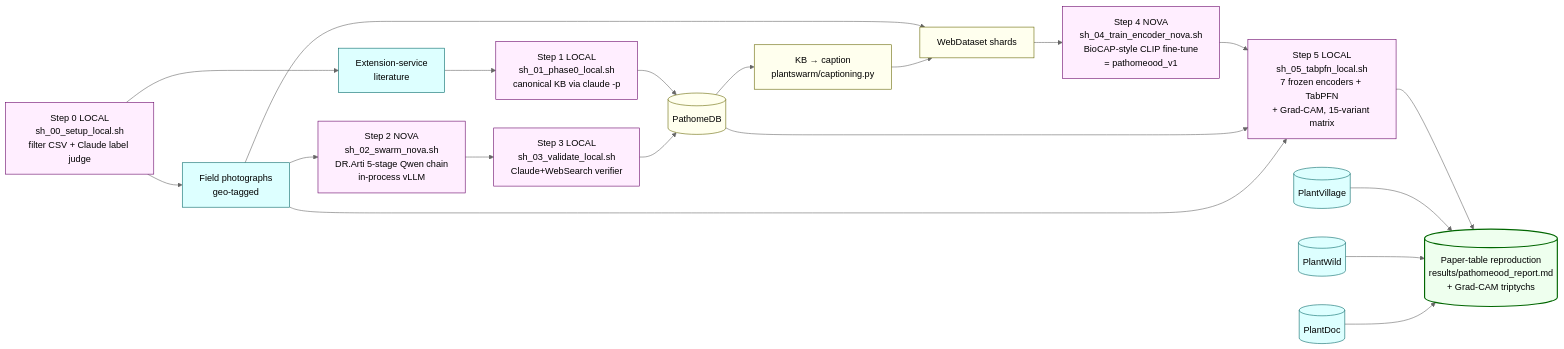
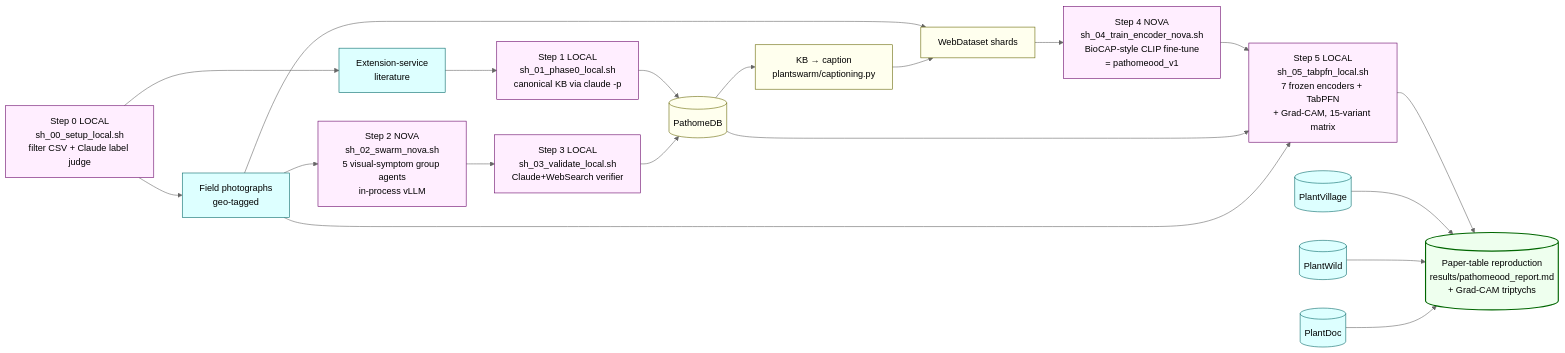
The fifth of 5 diagrams in PIPELINE.md (tirtho149/PRESAGE), drawn with Mermaid (neutral theme) before and after one commit. The commit also changed other lines of this file and 6 other files, not shown here.

````diff
--- a/PIPELINE.md
+++ b/PIPELINE.md
@@ -591,44 +592,44 @@
 ```mermaid
 flowchart LR
     L[Extension-service<br/>literature]
     F[Field photographs<br/>geo-tagged]
     S0[Step 0 LOCAL<br/>sh_00_setup_local.sh<br/>filter CSV + Claude label judge]
     S1[Step 1 LOCAL<br/>sh_01_phase0_local.sh<br/>canonical KB via claude -p]
-    S2[Step 2 NOVA<br/>sh_02_swarm_nova.sh<br/>DR.Arti 5-stage Qwen chain<br/>in-process vLLM]
+    S2[Step 2 NOVA<br/>sh_02_swarm_nova.sh<br/>5 visual-symptom group agents<br/>in-process vLLM]
     S3[Step 3 LOCAL<br/>sh_03_validate_local.sh<br/>Claude+WebSearch verifier]
     DB[(PathomeDB)]
     CAP[KB → caption<br/>plantswarm/captioning.py]
     SH[WebDataset shards]
     S4[Step 4 NOVA<br/>sh_04_train_encoder_nova.sh<br/>BioCAP-style CLIP fine-tune<br/>= pathomeood_v1]
     S5[Step 5 LOCAL<br/>sh_05_tabpfn_local.sh<br/>7 frozen encoders + TabPFN<br/>+ Grad-CAM, 15-variant matrix]
     PV[(PlantVillage)]
     PW[(PlantWild)]
     PD[(PlantDoc)]
     OUT[(Paper-table reproduction<br/>results/pathomeood_report.md<br/>+ Grad-CAM triptychs)]
 
     S0 --> L
     S0 --> F
     L --> S1 --> DB
     F --> S2 --> S3 --> DB
     DB --> CAP
     F --> SH
     CAP --> SH
     SH --> S4
     S4 --> S5
     DB --> S5
     F --> S5
     S5 --> OUT
     PV --> OUT
     PW --> OUT
     PD --> OUT
 
     classDef src fill:#dff,stroke:#066
     classDef stage fill:#fef,stroke:#606
     classDef kb fill:#ffe,stroke:#660
     classDef eval fill:#fde,stroke:#a06
     classDef out fill:#efe,stroke:#060,stroke-width:2px
     class L,F,PV,PW,PD src
     class S0,S1,S2,S3,S4,S5 stage
     class DB,CAP,SH kb
     class OUT out
 ```
````
